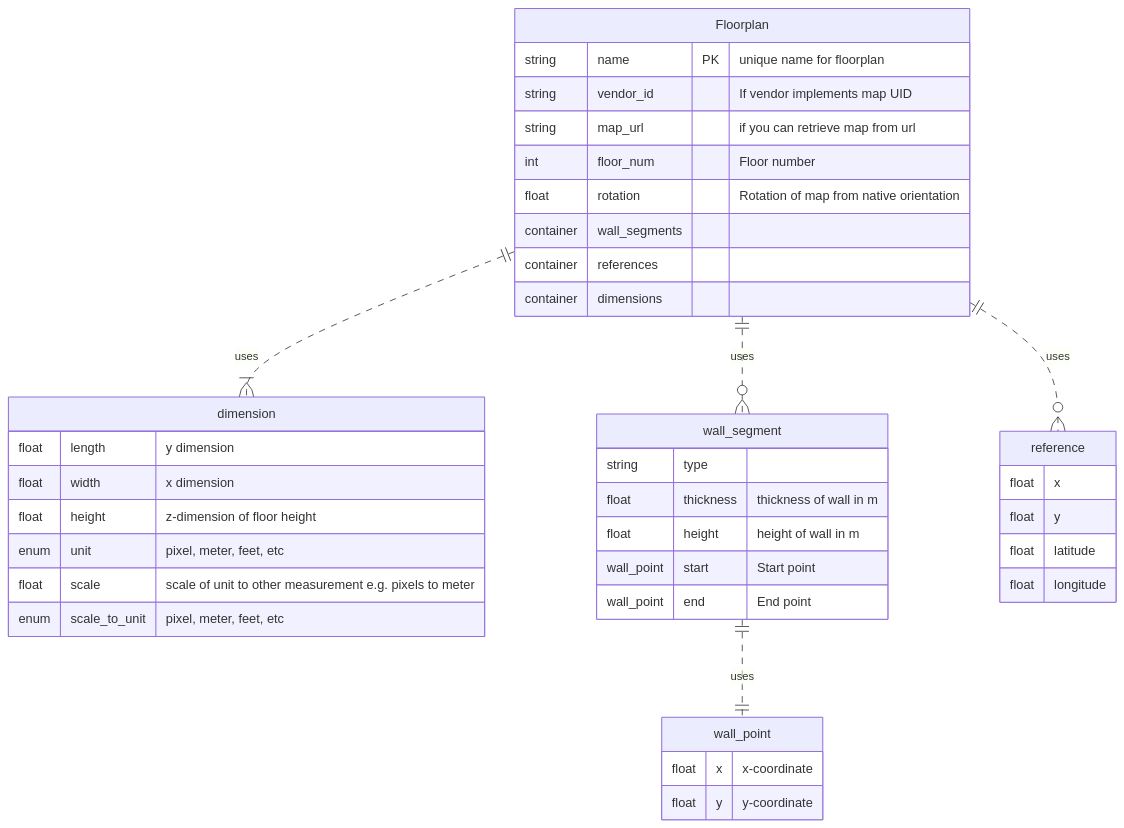
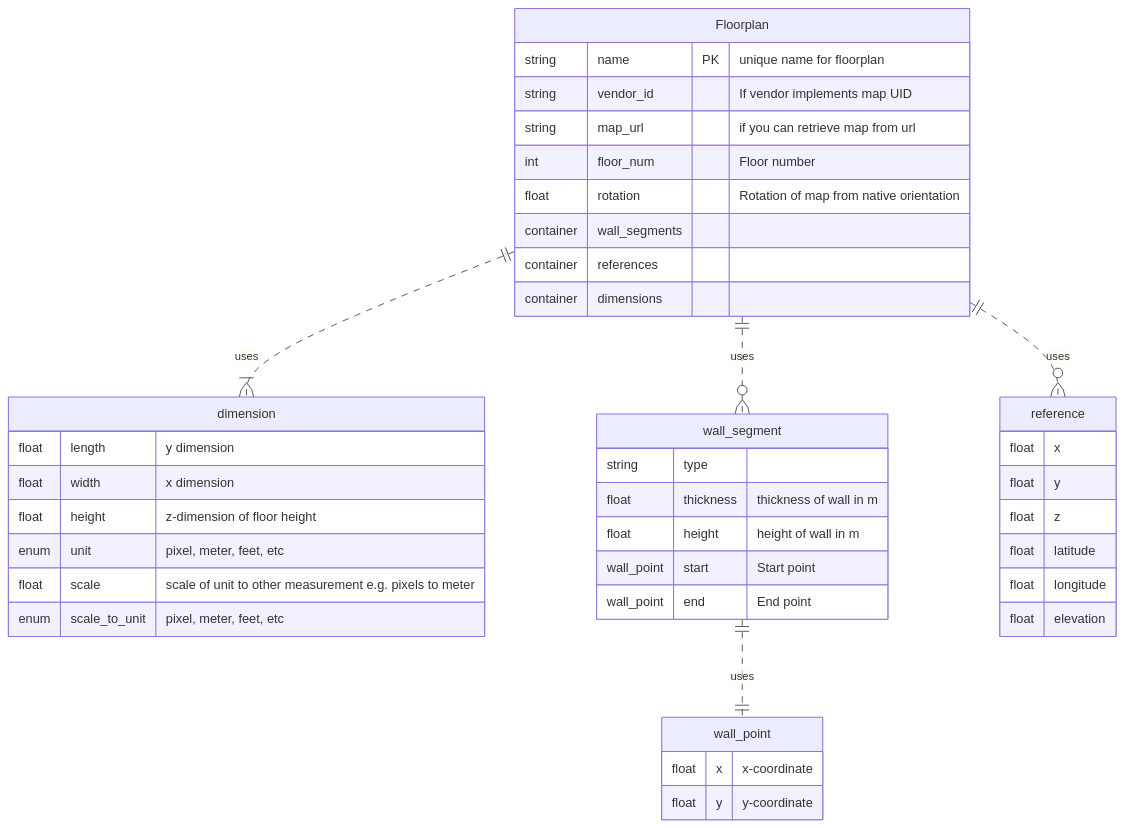
One commit to google/openintent changed the first of 3 diagrams in docs/model_ideas.md. Above: the diagram before and after it, drawn with Mermaid. The commit also changed other lines of this file and 5 other files, not shown here.

````diff
--- a/docs/model_ideas.md
+++ b/docs/model_ideas.md
@@ -18,51 +18,53 @@
 ```mermaid
 ---
 Title: Floorplan Constructs
 ---
 
 erDiagram
     Floorplan {
         string name PK "unique name for floorplan"
         string vendor_id "If vendor implements map UID"
         string map_url "if you can retrieve map from url"
         int floor_num "Floor number"
         float rotation "Rotation of map from native orientation"
         container wall_segments
         container references
         container dimensions
     }
     Floorplan ||..|{ dimension : uses
     Floorplan ||..o{ wall_segment : uses
 
     dimension {
         float length "y dimension"
         float width "x dimension"
         float height "z-dimension of floor height"
         enum unit "pixel, meter, feet, etc"
         float scale "scale of unit to other measurement e.g. pixels to meter"
         enum scale_to_unit "pixel, meter, feet, etc"
     }
 
     reference {
         float x
         float y
+        float z
         float latitude
         float longitude
+        float elevation
     }
     Floorplan ||..o{ reference : uses
 
     wall_segment {
         string type
         float thickness "thickness of wall in m"
         float height "height of wall in m"
         wall_point start "Start point"
         wall_point end "End point"
 
     }
     
     wall_point {
         float x "x-coordinate"
         float y "y-coordinate"
     }
     wall_segment ||..|| wall_point : uses
 ```
````
